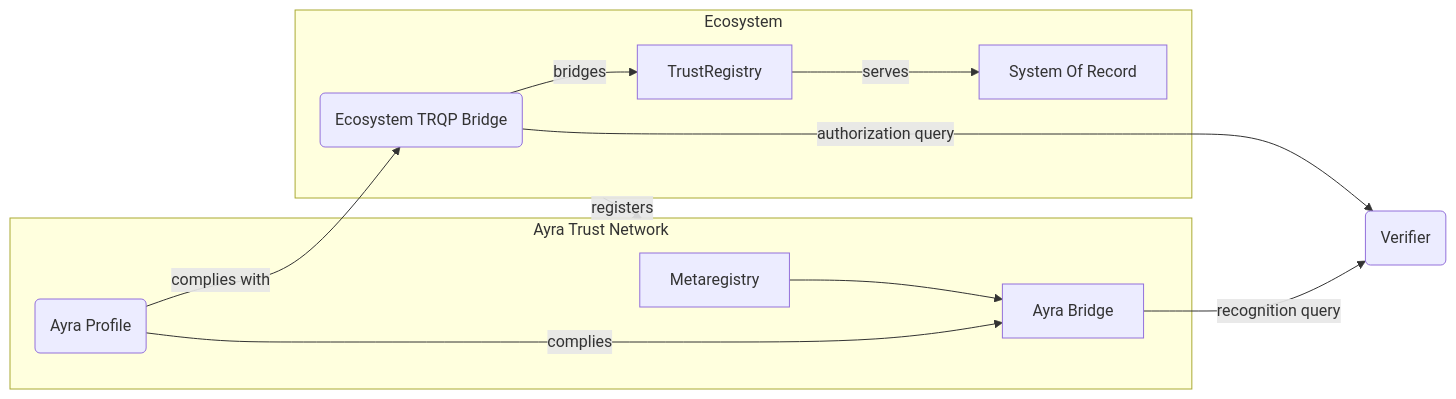
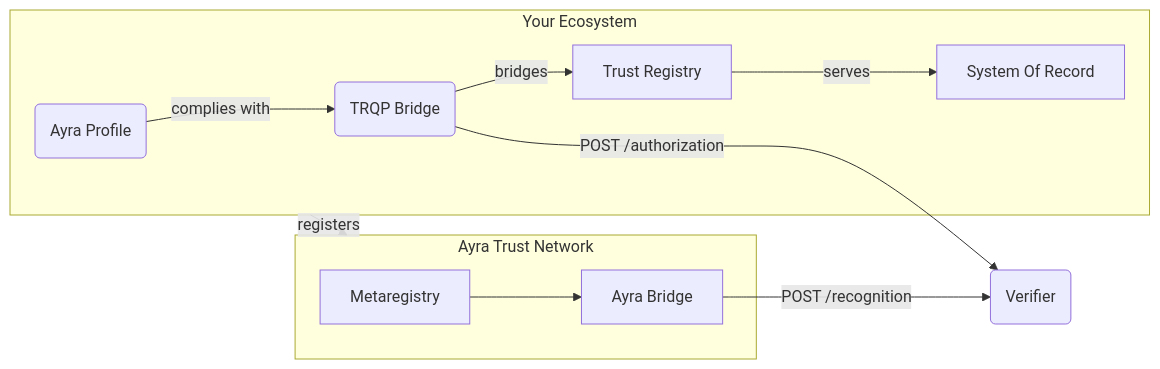
Before and after one commit to ayraforum/ayra-trust-registry-resources: the first of 3 diagrams in guides/implementers_guide.md, drawn with Mermaid. The commit also changed other lines of this file, not shown here.

````diff
--- a/guides/implementers_guide.md
+++ b/guides/implementers_guide.md
@@ -49,17 +52,15 @@
 ```mermaid
 flowchart LR
   subgraph ATN[Ayra Trust Network]
     Metaregistry
-    A
     AyraTRQPBridge[Ayra Bridge]
   end
-  subgraph Ecosystem
-    A(Ayra Profile) -->|complies with| B(Ecosystem TRQP Bridge)
-    B -->|bridges| TrustRegistry[TrustRegistry] -->|serves| C[System Of Record]
+  subgraph Ecosystem[Your Ecosystem]
+    Profile(Ayra Profile) -->|complies with| Bridge(TRQP Bridge)
+    Bridge -->|bridges| TR[Trust Registry] -->|serves| SoR[System Of Record]
   end
   Ecosystem -->|registers| ATN
 
-  B -->|authorization query| D(Verifier)
-  A -->|complies| AyraTRQPBridge
-  Metaregistry --> AyraTRQPBridge -->|recognition query| D(Verifier)
+  Bridge -->|POST /authorization| V(Verifier)
+  Metaregistry --> AyraTRQPBridge -->|POST /recognition| V
 ```
````
